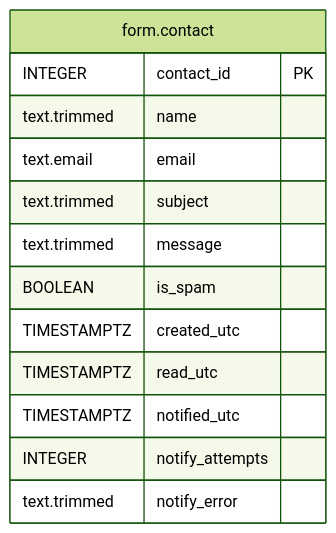
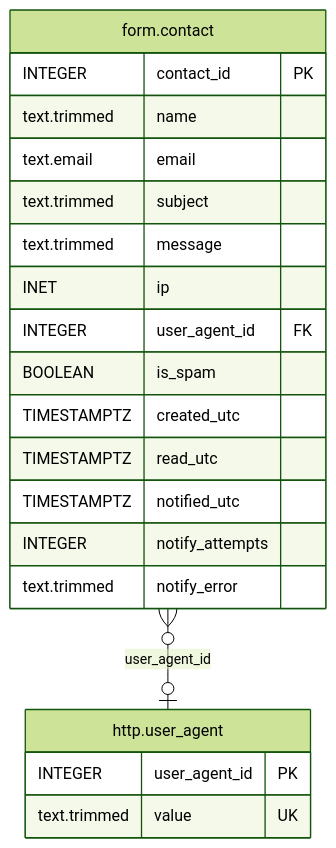
One commit to OlsonDev/josholson.dev changed the diagram in docs/schema/form.contact.md. Above: the diagram before and after it, drawn with Mermaid (forest theme). The commit also changed other lines of this file and 9 other files, not shown here.

Commit message:
🗃️ Add an `http` schema with a deduplicated `http.user_agent`, reference it from `auth.session` and `form.contact` (which also gains `ip`), renumber the later migrations, and regenerate `docs/schema`

````diff
--- a/docs/schema/form.contact.md
+++ b/docs/schema/form.contact.md
@@ -53,17 +66,26 @@
 ```mermaid
 erDiagram
+
+"form.contact" }o--o| "http.user_agent" : "user_agent_id"
 
 "form.contact" {
   INTEGER contact_id PK
   text.trimmed name
   text.email email
   text.trimmed subject
   text.trimmed message
+  INET ip
+  INTEGER user_agent_id FK
   BOOLEAN is_spam
   TIMESTAMPTZ created_utc
   TIMESTAMPTZ read_utc
   TIMESTAMPTZ notified_utc
   INTEGER notify_attempts
   text.trimmed notify_error
 }
+
+"http.user_agent" {
+  INTEGER user_agent_id PK
+  text.trimmed value UK
+}
 ```
````
